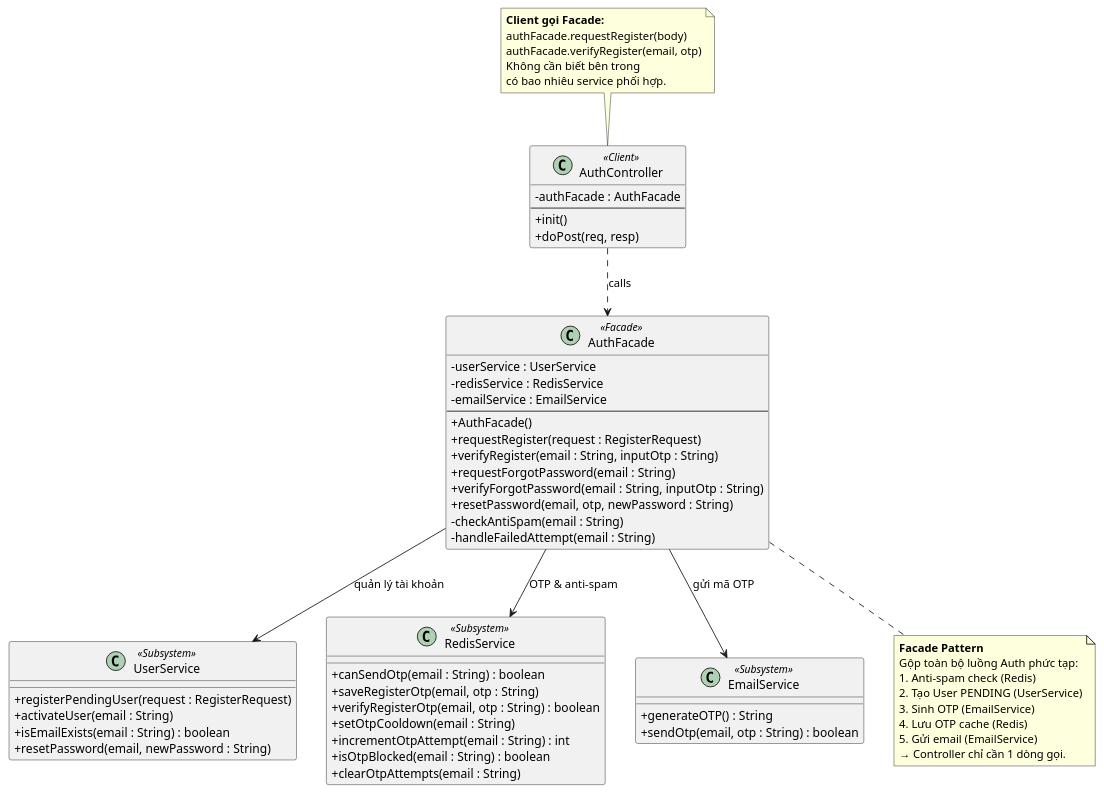
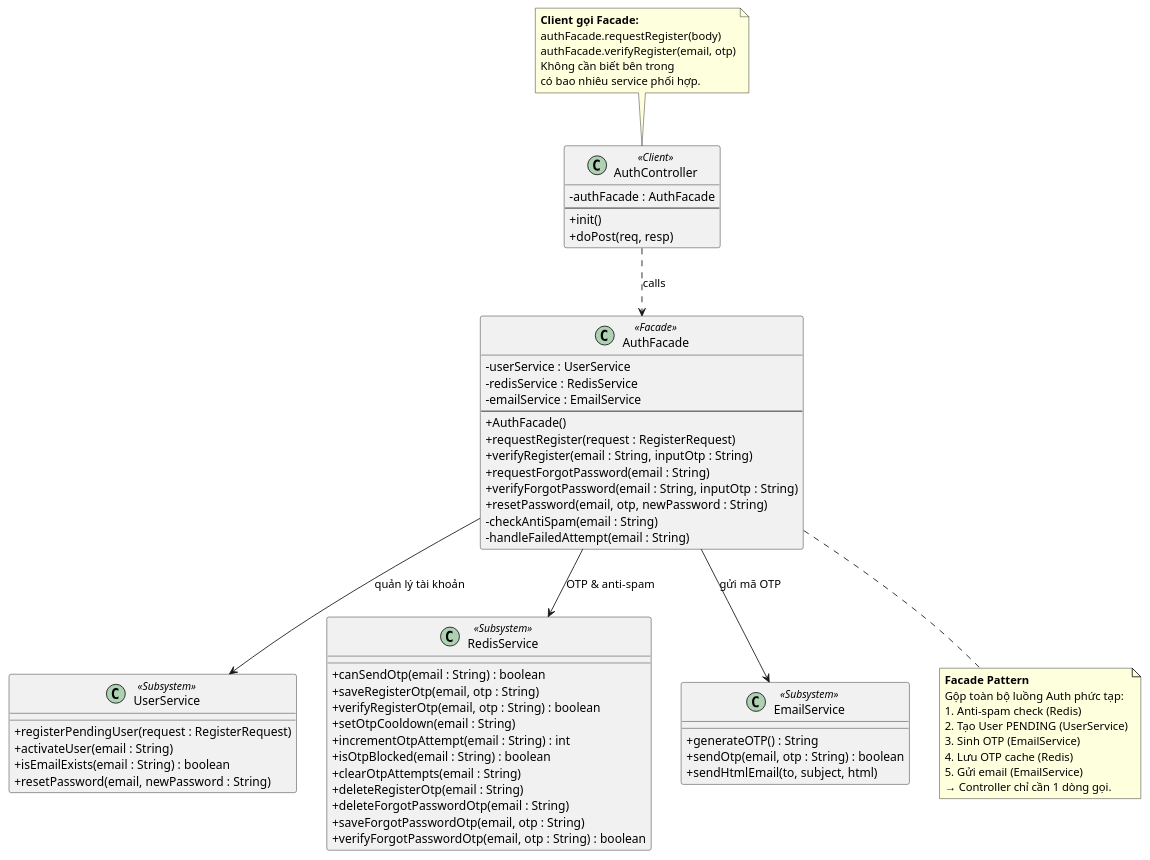
Before and after one commit to trihieuvo/justFUML: the diagram in src/Hieu_Pattern_Puml/facade_auth.puml, drawn with PlantUML. The commit also changed 4 other files, not shown here.

First line of the commit message:
Update PlantUML diagrams for auth/checkout/payment

```diff
--- a/src/Hieu_Pattern_Puml/facade_auth.puml
+++ b/src/Hieu_Pattern_Puml/facade_auth.puml
@@ -1,77 +1,82 @@
 @startuml
 skinparam ClassAttributeIconSize 0
 
 ' --- Facade ---
 class AuthFacade <<Facade>> {
     - userService : UserService
     - redisService : RedisService
     - emailService : EmailService
     --
     + AuthFacade()
     + requestRegister(request : RegisterRequest)
     + verifyRegister(email : String, inputOtp : String)
     + requestForgotPassword(email : String)
     + verifyForgotPassword(email : String, inputOtp : String)
     + resetPassword(email, otp, newPassword : String)
     - checkAntiSpam(email : String)
     - handleFailedAttempt(email : String)
 }
 
 ' --- Subsystem Classes ---
 class UserService <<Subsystem>> {
     + registerPendingUser(request : RegisterRequest)
     + activateUser(email : String)
     + isEmailExists(email : String) : boolean
     + resetPassword(email, newPassword : String)
 }
 
 class RedisService <<Subsystem>> {
-    + canSendOtp(email : String) : boolean
-    + saveRegisterOtp(email, otp : String)
-    + verifyRegisterOtp(email, otp : String) : boolean
-    + setOtpCooldown(email : String)
-    + incrementOtpAttempt(email : String) : int
-    + isOtpBlocked(email : String) : boolean
-    + clearOtpAttempts(email : String)
+  + canSendOtp(email : String) : boolean
+  + saveRegisterOtp(email, otp : String)
+  + verifyRegisterOtp(email, otp : String) : boolean
+  + setOtpCooldown(email : String)
+  + incrementOtpAttempt(email : String) : int
+  + isOtpBlocked(email : String) : boolean
+  + clearOtpAttempts(email : String)
+  + deleteRegisterOtp(email : String)
+  + deleteForgotPasswordOtp(email : String)
+  + saveForgotPasswordOtp(email, otp : String)
+  + verifyForgotPasswordOtp(email, otp : String) : boolean
 }
 
 class EmailService <<Subsystem>> {
-    + generateOTP() : String
-    + sendOtp(email, otp : String) : boolean
+  + generateOTP() : String
+  + sendOtp(email, otp : String) : boolean
+  + sendHtmlEmail(to, subject, html)
 }
 
 ' --- Client ---
 class AuthController <<Client>> {
     - authFacade : AuthFacade
     --
     + init()
     + doPost(req, resp)
 }
 
 ' --- Relationships ---
 AuthFacade --> UserService : "quản lý tài khoản"
 AuthFacade --> RedisService : "OTP & anti-spam"
 AuthFacade --> EmailService : "gửi mã OTP"
 AuthController ..> AuthFacade : "calls"
 
 ' --- Notes ---
 note bottom of AuthFacade
   **Facade Pattern**
   Gộp toàn bộ luồng Auth phức tạp:
   1. Anti-spam check (Redis)
   2. Tạo User PENDING (UserService)
   3. Sinh OTP (EmailService)
   4. Lưu OTP cache (Redis)
   5. Gửi email (EmailService)
   → Controller chỉ cần 1 dòng gọi.
 end note
 
 note top of AuthController
   **Client gọi Facade:**
   authFacade.requestRegister(body)
   authFacade.verifyRegister(email, otp)
   Không cần biết bên trong 
   có bao nhiêu service phối hợp.
 end note
 
 @enduml
```
